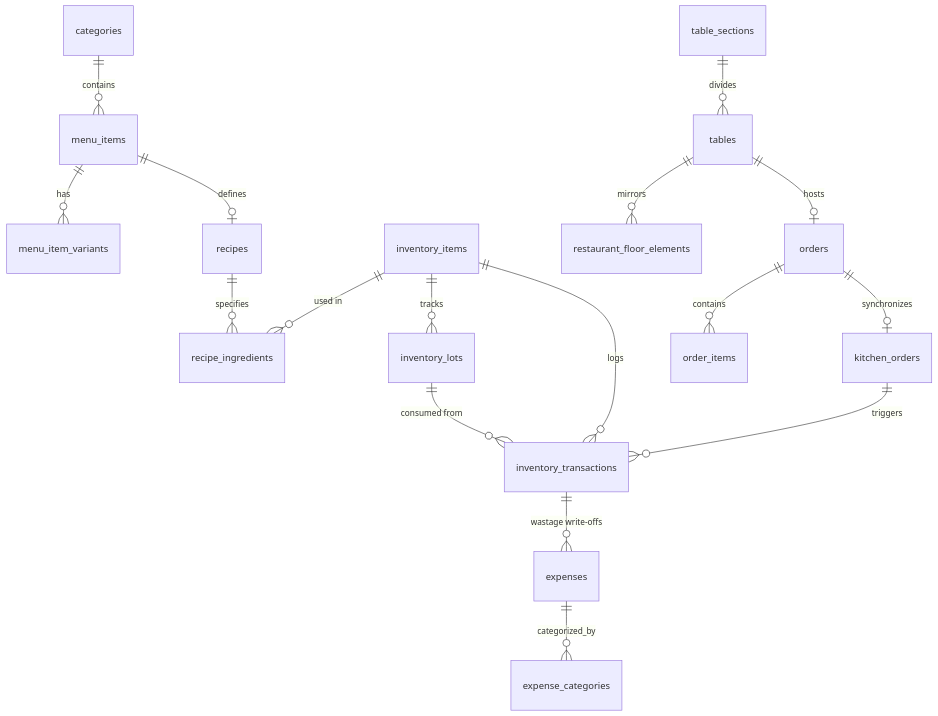
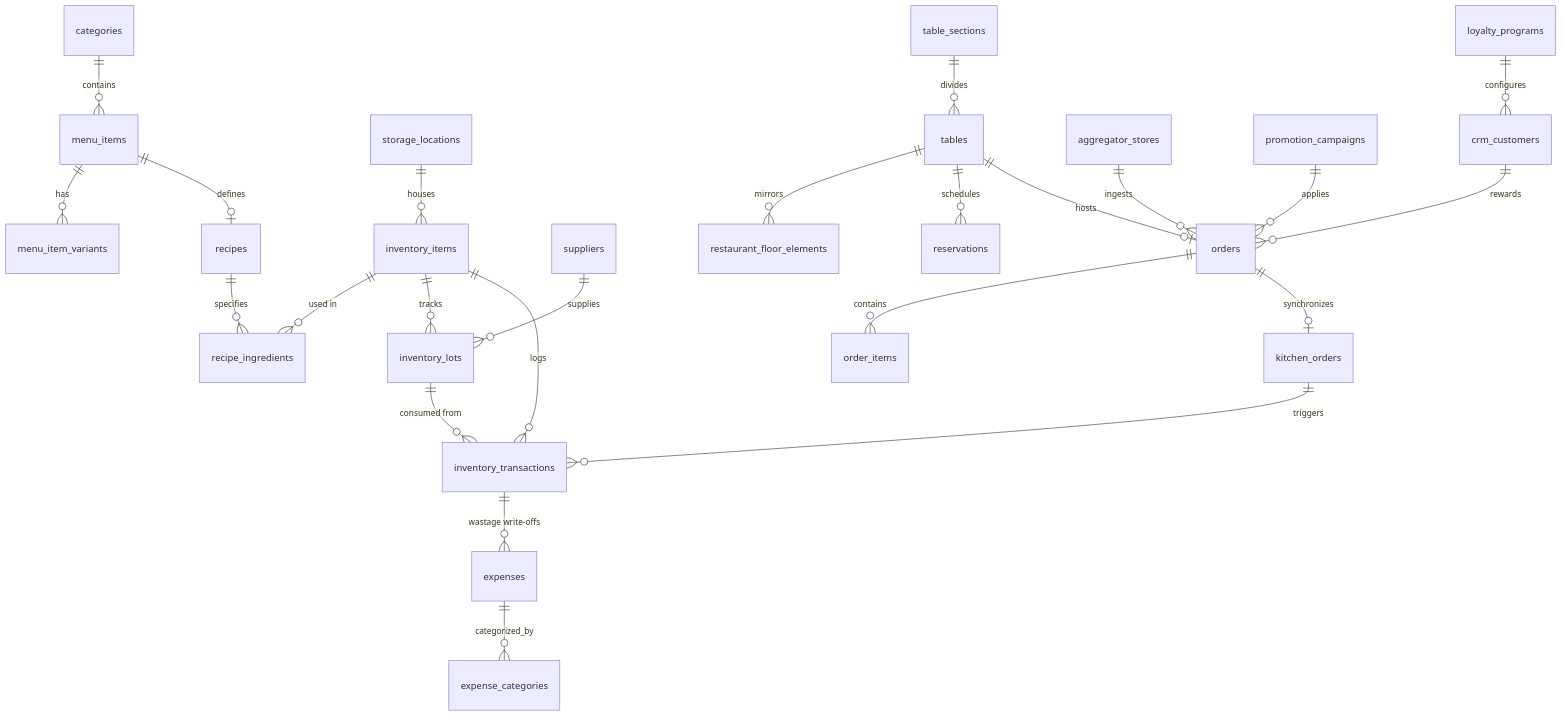
One commit to sudipjangam/tasty-bite-harbor changed diagram 13 of 13 in docs/OPERATIONS_WORKFLOW_AND_INTEGRATION_GUIDE.md. Above: the diagram before and after it, drawn with Mermaid. The commit also changed other lines of this file and 4 other files, not shown here.

````diff
--- a/docs/OPERATIONS_WORKFLOW_AND_INTEGRATION_GUIDE.md
+++ b/docs/OPERATIONS_WORKFLOW_AND_INTEGRATION_GUIDE.md
@@ -788,21 +900,29 @@
 ```mermaid
 erDiagram
     categories ||--o{ menu_items : contains
     menu_items ||--o{ menu_item_variants : has
     menu_items ||--o| recipes : defines
     recipes ||--o{ recipe_ingredients : specifies
     inventory_items ||--o{ recipe_ingredients : "used in"
     inventory_items ||--o{ inventory_lots : tracks
     inventory_items ||--o{ inventory_transactions : logs
     inventory_lots ||--o{ inventory_transactions : "consumed from"
-    
+    storage_locations ||--o{ inventory_items : houses
+    suppliers ||--o{ inventory_lots : supplies
+  
     table_sections ||--o{ tables : divides
     tables ||--o{ restaurant_floor_elements : mirrors
+    tables ||--o{ reservations : schedules
     tables ||--o| orders : hosts
     orders ||--o{ order_items : contains
     orders ||--o| kitchen_orders : synchronizes
     kitchen_orders ||--o{ inventory_transactions : triggers
 
+    aggregator_stores ||--o{ orders : ingests
+    promotion_campaigns ||--o{ orders : applies
+    loyalty_programs ||--o{ crm_customers : configures
+    crm_customers ||--o{ orders : rewards
+
     expenses ||--o{ expense_categories : categorized_by
     inventory_transactions ||--o{ expenses : "wastage write-offs"
 ```
````
